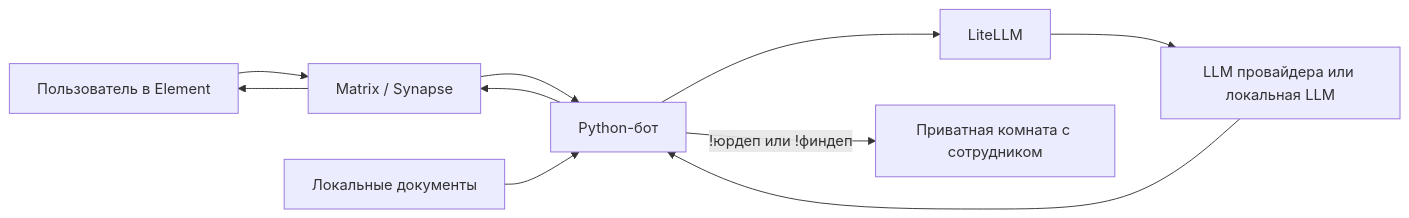
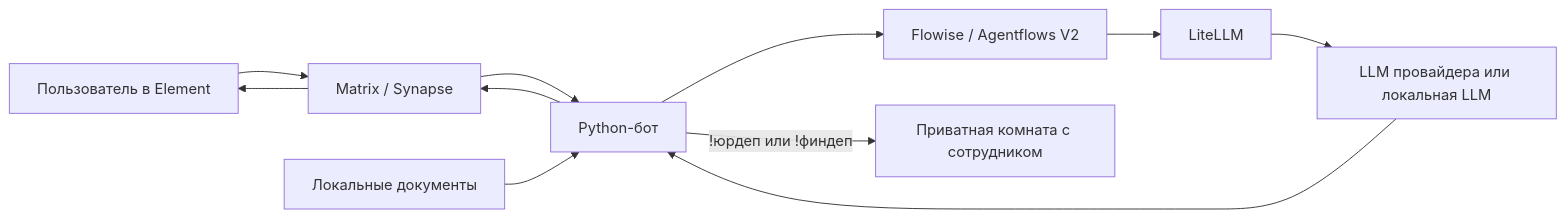
One commit to oelsq/sts-matrix-support changed the diagram in README.md. Above: the diagram before and after it, drawn with Mermaid. The commit also changed other lines of this file and 63 other files, not shown here.

````diff
--- a/README.md
+++ b/README.md
@@ -14,12 +14,13 @@
 ```mermaid
 flowchart LR
     User[Пользователь в Element] --> Matrix[Matrix / Synapse]
     Matrix --> Bot[Python-бот]
     PDF[Локальные документы] --> Bot
-    Bot --> Gateway[LiteLLM]
+    Bot --> Flowise[Flowise / Agentflows V2]
+    Flowise --> Gateway[LiteLLM]
     Gateway --> Model[LLM провайдера или локальная LLM]
     Model --> Bot
     Bot --> Matrix
     Matrix --> User
     Bot -->|!юрдеп или !финдеп| Human[Приватная комната с сотрудником]
 ```
````
